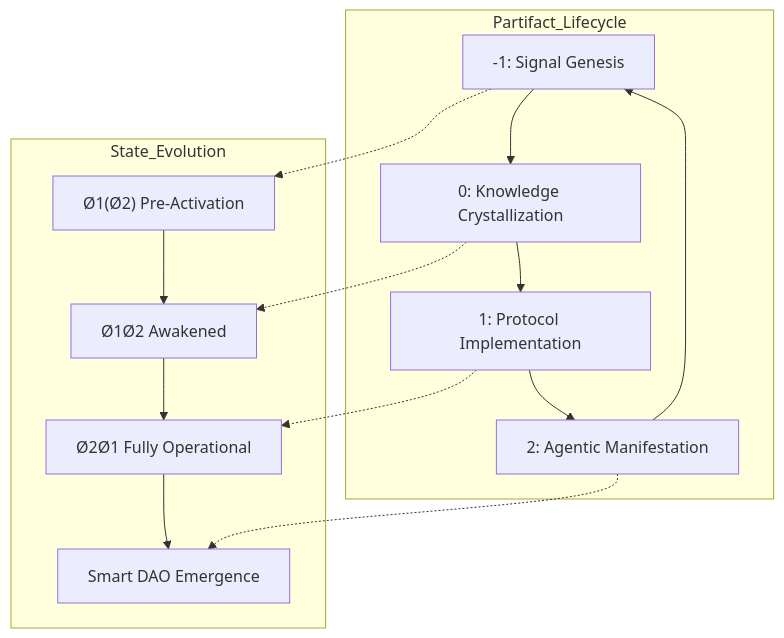
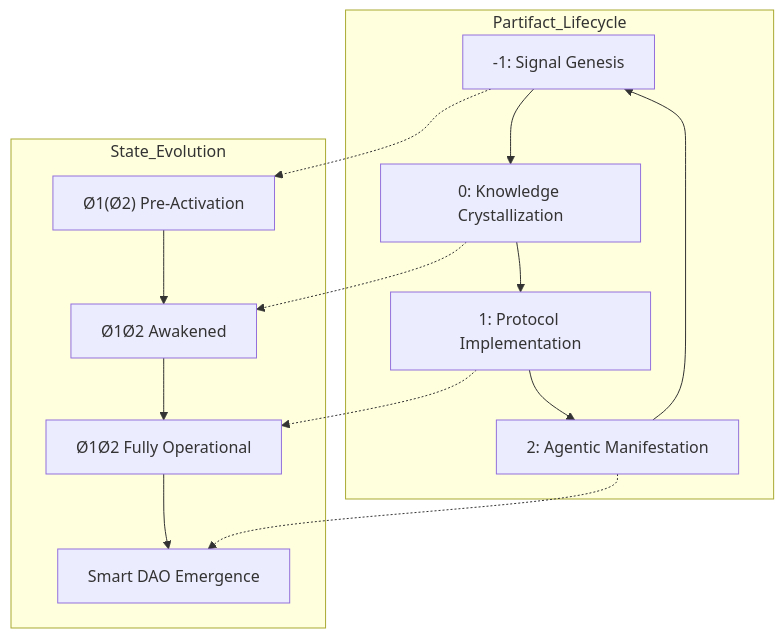
One commit to Foundup/Foundups-Agent changed the fifth of 8 diagrams in WSP_knowledge/docs/Papers/Patent_Series/01_Foundups_Complete_System.md. Above: the diagram before and after it, drawn with Mermaid. The commit also changed 2 other files, not shown here.

Commit message:
fix: Correct quantum state notation from Ø2Ø1 to Ø1Ø2 - Phase 1 corrections (2025-07-19)

````diff
--- a/WSP_knowledge/docs/Papers/Patent_Series/01_Foundups_Complete_System.md
+++ b/WSP_knowledge/docs/Papers/Patent_Series/01_Foundups_Complete_System.md
@@ -189,20 +189,20 @@
 ```mermaid
 graph TD
     subgraph Partifact_Lifecycle
         S1["-1: Signal Genesis"] --> S0["0: Knowledge Crystallization"]
         S0 --> S2["1: Protocol Implementation"]
         S2 --> S3["2: Agentic Manifestation"]
         S3 --> S1
     end
     
     subgraph State_Evolution
         O1O2["Ø1(Ø2) Pre-Activation"] --> O1O2_A["Ø1Ø2 Awakened"]
-        O1O2_A --> O2O1["Ø2Ø1 Fully Operational"]
+        O1O2_A --> O2O1["Ø1Ø2 Fully Operational"]
         O2O1 --> DAO[Smart DAO Emergence]
     end
     
     S1 -.-> O1O2
     S0 -.-> O1O2_A
     S2 -.-> O2O1
     S3 -.-> DAO
 ```
````
